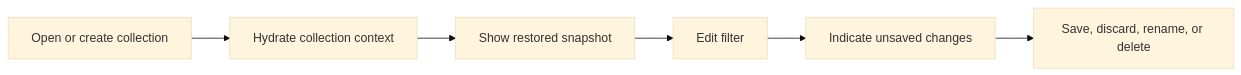
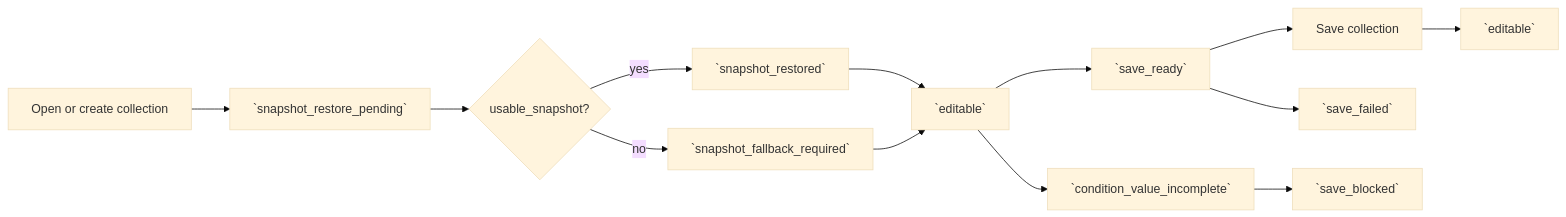
Before and after one commit to voyager-labs/VoyagerSwiftACP: the diagram in PRODUCT/05_FEATURE_SPECS/rcl/flows/collection_management_flow.md, drawn with Mermaid (base theme). The commit also changed other lines of this file and 3 other files, not shown here.

First line of the commit message:
RCL split flow의 filter editing contract 참조 보강

````diff
--- a/PRODUCT/05_FEATURE_SPECS/rcl/flows/collection_management_flow.md
+++ b/PRODUCT/05_FEATURE_SPECS/rcl/flows/collection_management_flow.md
@@ -26,8 +26,15 @@
 ```mermaid
 flowchart LR
-  A[Open or create collection] --> B[Hydrate collection context]
-  B --> C[Show restored snapshot]
-  C --> D[Edit filter]
-  D --> E[Indicate unsaved changes]
-  E --> F[Save, discard, rename, or delete]
+  A[Open or create collection] --> B[`snapshot_restore_pending`]
+  B --> C{usable_snapshot?}
+  C -->|yes| D[`snapshot_restored`]
+  C -->|no| E[`snapshot_fallback_required`]
+  D --> F[`editable`]
+  E --> F
+  F --> G[`save_ready`]
+  G --> H[Save collection]
+  H --> I[`editable`]
+  G --> J[`save_failed`]
+  F --> K[`condition_value_incomplete`]
+  K --> L[`save_blocked`]
 ```
````
